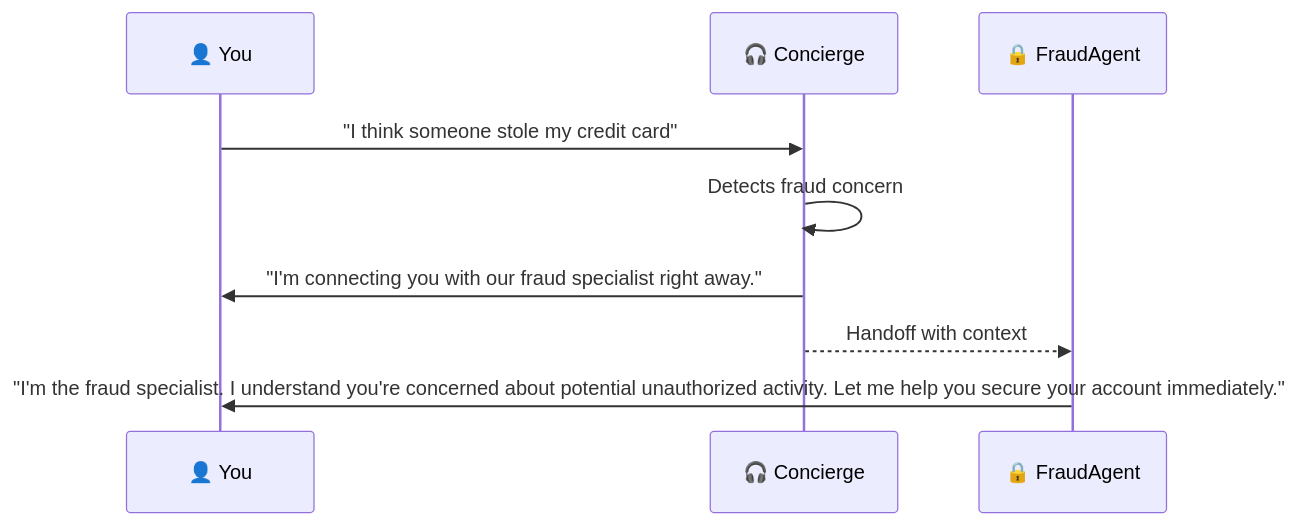
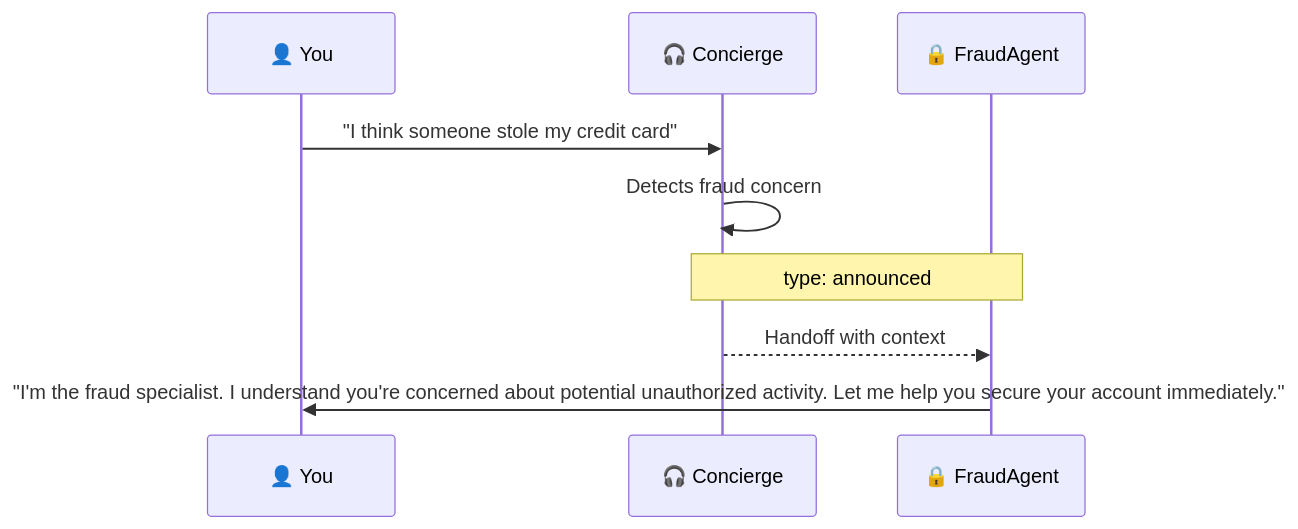
Before and after one commit to AIappsGBBFactory/art-voice-agent-accelerator: the third of 4 diagrams in docs/getting-started/demo-guide.md, drawn with Mermaid. The commit also changed other lines of this file and 6 other files, not shown here.

````diff
--- a/docs/getting-started/demo-guide.md
+++ b/docs/getting-started/demo-guide.md
@@ -316,12 +379,12 @@
 ```mermaid
 sequenceDiagram
     participant U as 👤 You
     participant C as 🎧 Concierge
     participant F as 🔒 FraudAgent
     
     U->>C: "I think someone stole my credit card"
     C->>C: Detects fraud concern
-    C->>U: "I'm connecting you with our fraud specialist right away."
+    Note over C,F: type: announced
     C-->>F: Handoff with context
     F->>U: "I'm the fraud specialist. I understand you're concerned about potential unauthorized activity. Let me help you secure your account immediately."
 ```
````
